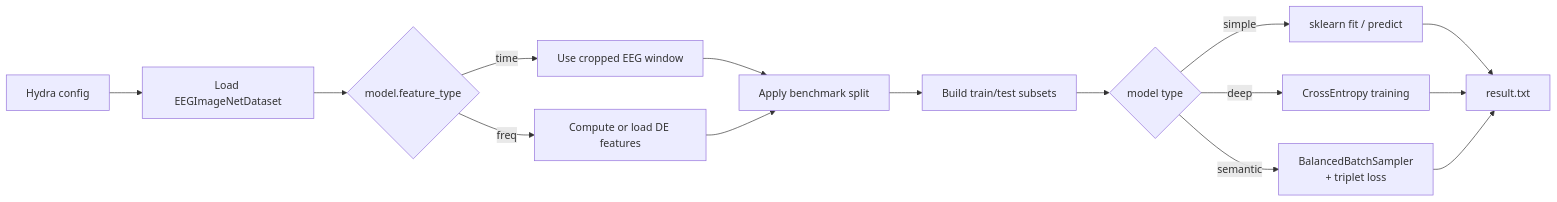
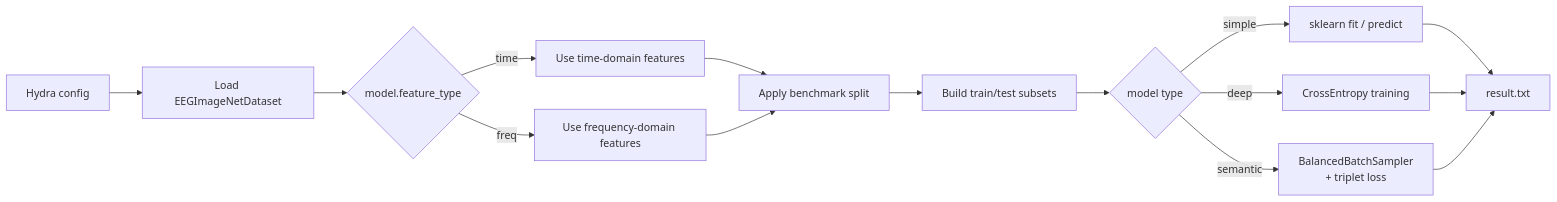
Before and after one commit to RTae/SUPA-EEG: the first of 4 diagrams in README.md, drawn with Mermaid.

Commit message:
Clarify feature type descriptions in workflow diagram for EEG classification

````diff
--- a/README.md
+++ b/README.md
@@ -139,17 +139,17 @@
 ```mermaid
 flowchart LR
     A[Hydra config] --> B[Load EEGImageNetDataset]
     B --> C{model.feature_type}
-    C -->|time| D[Use cropped EEG window]
-    C -->|freq| E[Compute or load DE features]
+    C -->|time| D[Use time-domain features]
+    C -->|freq| E[Use frequency-domain features]
     D --> F[Apply benchmark split]
     E --> F
     F --> G[Build train/test subsets]
     G --> H{model type}
     H -->|simple| I[sklearn fit / predict]
     H -->|deep| J[CrossEntropy training]
     H -->|semantic| K[BalancedBatchSampler\n+ triplet loss]
     I --> L[result.txt]
     J --> L
     K --> L
 ```
````
